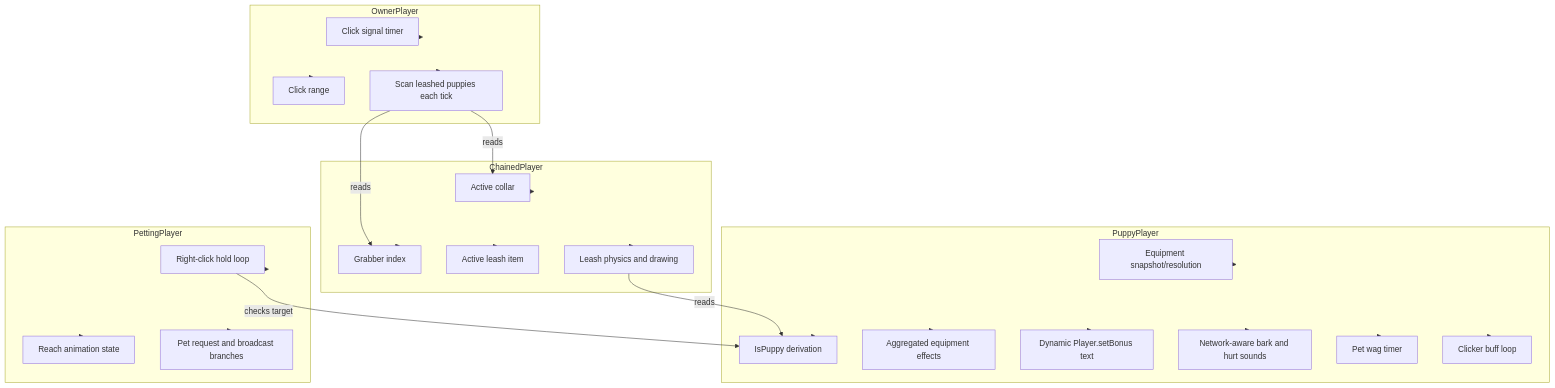
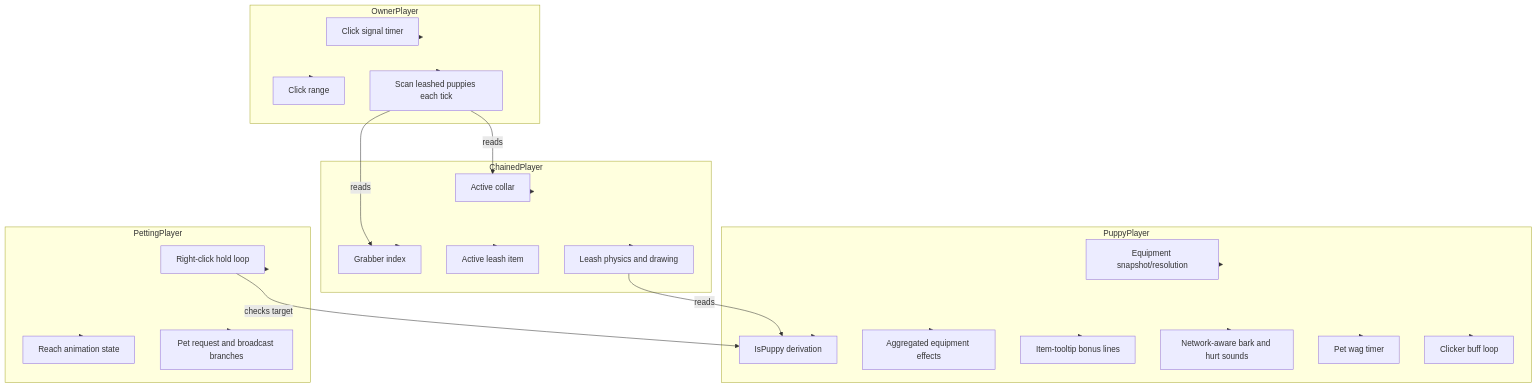
One commit to POLA-LCS/PolasPuppyMod changed the diagram in docs/Player-State-Hierarchy.md. Above: the diagram before and after it, drawn with Mermaid. The commit also changed other lines of this file and 10 other files, not shown here.

First line of the commit message:
feat: dedicated dog transformation keybind; tooltip-only puppy bonuses

````diff
--- a/docs/Player-State-Hierarchy.md
+++ b/docs/Player-State-Hierarchy.md
@@ -7,53 +7,53 @@
 ```mermaid
 flowchart TB
     subgraph PuppySide[PuppyPlayer]
         Equipment[Equipment snapshot/resolution]
         IsPuppy[IsPuppy derivation]
         EquipmentEffects[Aggregated equipment effects]
-        SetText[Dynamic Player.setBonus text]
+        Tooltip[Item-tooltip bonus lines]
         BarkSys[Network-aware bark and hurt sounds]
         PetWag[Pet wag timer]
         ClickerLoop[Clicker buff loop]
     end
 
     subgraph ChainedSide[ChainedPlayer]
         Collar[Active collar]
         Grabber[Grabber index]
         LeashItem[Active leash item]
         Physics[Leash physics and drawing]
     end
 
     subgraph OwnerSide[OwnerPlayer]
         ClickSignal[Click signal timer]
         ClickRange[Click range]
         OwnerScan[Scan leashed puppies each tick]
     end
 
     subgraph PettingSide[PettingPlayer]
         HoldLoop[Right-click hold loop]
         Reach[Reach animation state]
         PetNet[Pet request and broadcast branches]
     end
 
     PuppySide --> IsPuppy
     PuppySide --> Equipment
     PuppySide --> EquipmentEffects
-    PuppySide --> SetText
+    PuppySide --> Tooltip
     PuppySide --> BarkSys
     PuppySide --> PetWag
     PuppySide --> ClickerLoop
     ChainedSide --> Collar
     ChainedSide --> Grabber
     ChainedSide --> LeashItem
     ChainedSide --> Physics
     OwnerSide --> ClickSignal
     OwnerSide --> ClickRange
     OwnerSide --> OwnerScan
     PettingSide --> HoldLoop
     PettingSide --> Reach
     PettingSide --> PetNet
     OwnerScan -- reads --> Grabber
     OwnerScan -- reads --> Collar
     Physics -- reads --> IsPuppy
     HoldLoop -- "checks target" --> IsPuppy
 ```
````
